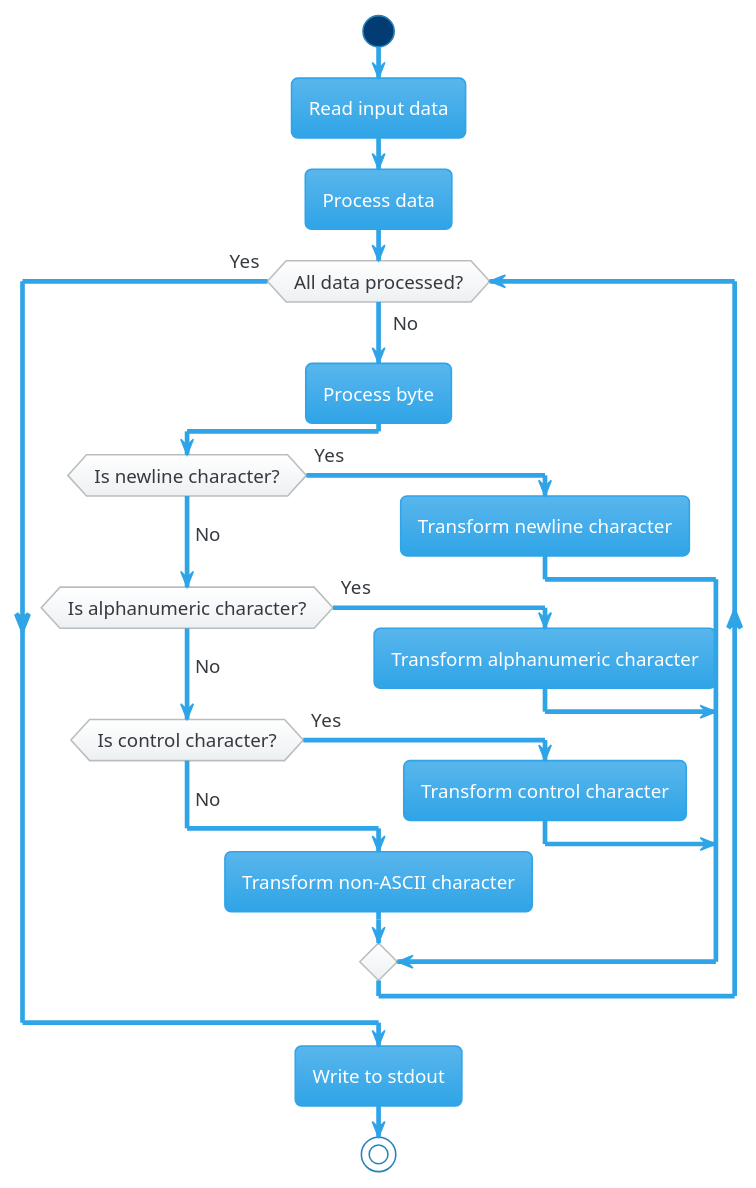
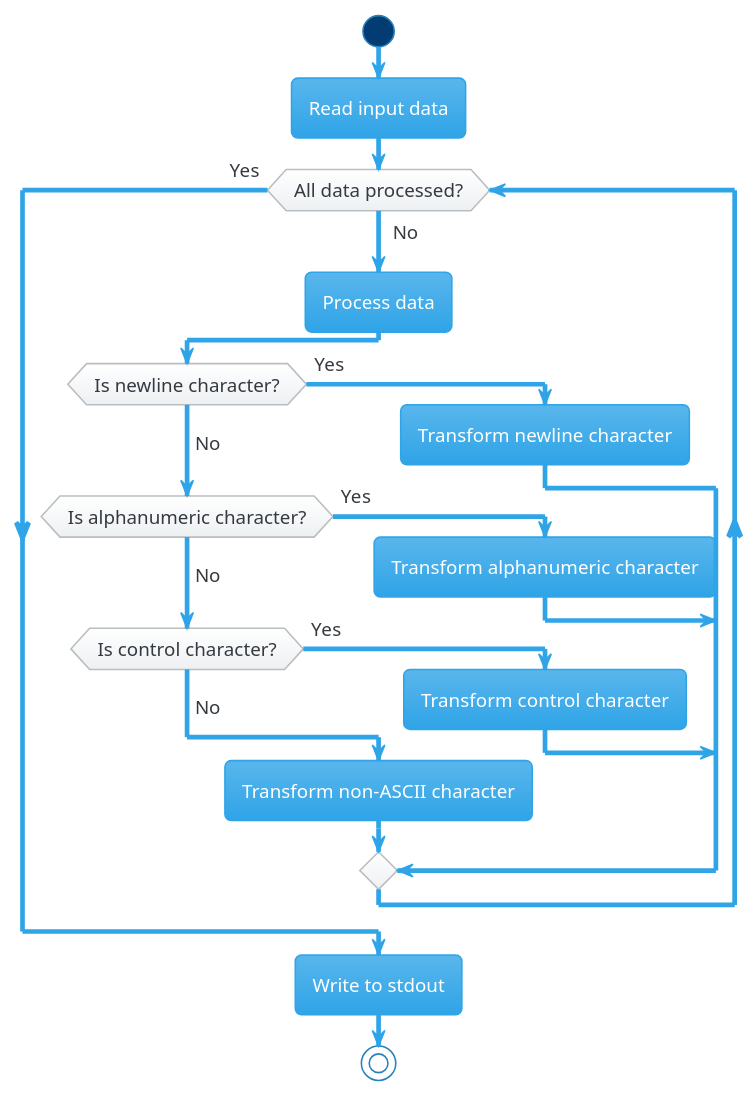
Before and after one commit to m1k1dev/m1k1dev.github.io: the diagram in assets/plantuml/the-tale-of-a-cat-and-a-dog-processing-algorithm.plantuml, drawn with PlantUML. The commit also changed 2 other files, not shown here.

```diff
--- a/assets/plantuml/the-tale-of-a-cat-and-a-dog-processing-algorithm.plantuml
+++ b/assets/plantuml/the-tale-of-a-cat-and-a-dog-processing-algorithm.plantuml
@@ -1,26 +1,25 @@
 @startuml
 
 !pragma useVerticalIf on
 
 !theme cerulean
 
 start
 :Read input data;
-:Process data;
 
 while (All data processed?) is (No)
-:Process byte;
+:Process data;
 if (Is newline character?) then (Yes)
     :Transform newline character;
 (No) elseif (Is alphanumeric character?) then (Yes)
     :Transform alphanumeric character;
 (No) elseif (Is control character?) then (Yes)
     :Transform control character;
 else (No)
     :Transform non-ASCII character;
 endif
 endwhile (Yes)
 :Write to stdout;
 stop
 
 @enduml
```
